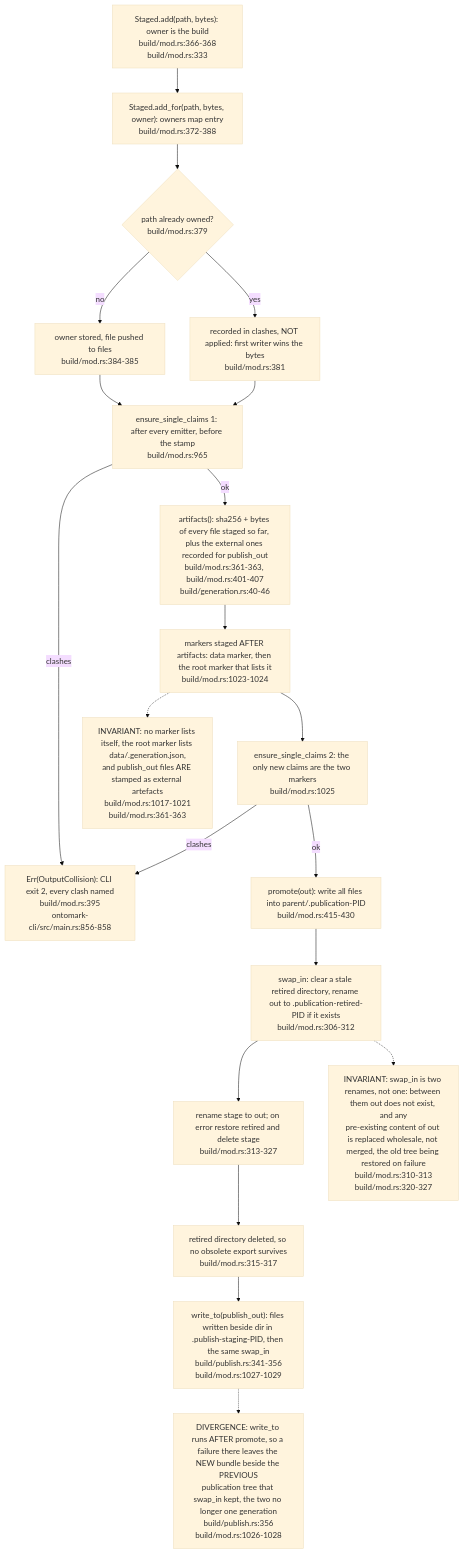
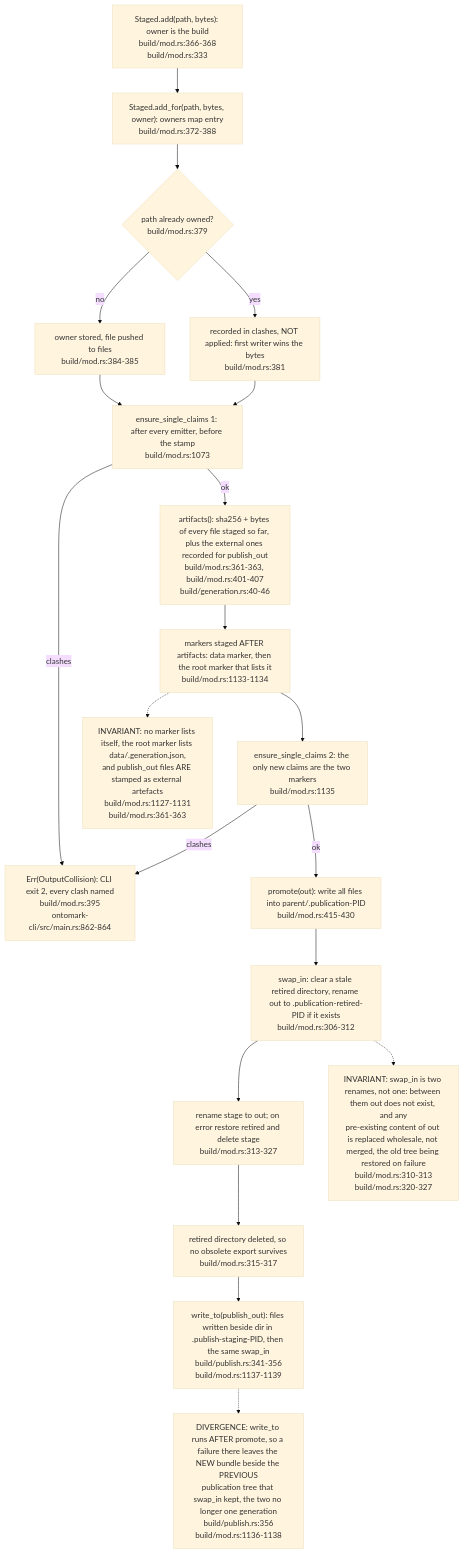
One commit to DreamLab-AI/VisionFlow changed the fifth of 8 diagrams in docs/diagrams/ontomark/03-build-run-gates-staging-and-generation.md. Above: the diagram before and after it, drawn with Mermaid (base theme). The commit also changed other lines of this file and 59 other files, not shown here.

First line of the commit message:
docs(diagrams): re-derive and re-stamp forum, website, pod, ontomark and sealmap topics

````diff
--- a/docs/diagrams/ontomark/03-build-run-gates-staging-and-generation.md
+++ b/docs/diagrams/ontomark/03-build-run-gates-staging-and-generation.md
@@ -190,34 +190,34 @@
 ```mermaid
 flowchart TD
     ADD["Staged.add(path, bytes): owner is the build<br/>build/mod.rs:366-368<br/>build/mod.rs:333"]
     ADDFOR["Staged.add_for(path, bytes, owner): owners map entry<br/>build/mod.rs:372-388"]
     OCC{"path already owned?<br/>build/mod.rs:379"}
     CLASH["recorded in clashes, NOT applied: first writer wins the bytes<br/>build/mod.rs:381"]
     SLOT["owner stored, file pushed to files<br/>build/mod.rs:384-385"]
-    CHK1["ensure_single_claims 1: after every emitter, before the stamp<br/>build/mod.rs:965"]
+    CHK1["ensure_single_claims 1: after every emitter, before the stamp<br/>build/mod.rs:1073"]
     ART["artifacts(): sha256 + bytes of every file staged so far, plus the external ones recorded for publish_out<br/>build/mod.rs:361-363, build/mod.rs:401-407<br/>build/generation.rs:40-46"]
-    MARK["markers staged AFTER artifacts: data marker, then the root marker that lists it<br/>build/mod.rs:1023-1024"]
-    CHK2["ensure_single_claims 2: the only new claims are the two markers<br/>build/mod.rs:1025"]
-    ERRC["Err(OutputCollision): CLI exit 2, every clash named<br/>build/mod.rs:395<br/>ontomark-cli/src/main.rs:856-858"]
+    MARK["markers staged AFTER artifacts: data marker, then the root marker that lists it<br/>build/mod.rs:1133-1134"]
+    CHK2["ensure_single_claims 2: the only new claims are the two markers<br/>build/mod.rs:1135"]
+    ERRC["Err(OutputCollision): CLI exit 2, every clash named<br/>build/mod.rs:395<br/>ontomark-cli/src/main.rs:862-864"]
     PRO["promote(out): write all files into parent/.publication-PID<br/>build/mod.rs:415-430"]
     RET["swap_in: clear a stale retired directory, rename out to .publication-retired-PID if it exists<br/>build/mod.rs:306-312"]
     SWAP["rename stage to out; on error restore retired and delete stage<br/>build/mod.rs:313-327"]
     DEL["retired directory deleted, so no obsolete export survives<br/>build/mod.rs:315-317"]
-    WT["write_to(publish_out): files written beside dir in .publish-staging-PID, then the same swap_in<br/>build/publish.rs:341-356<br/>build/mod.rs:1027-1029"]
+    WT["write_to(publish_out): files written beside dir in .publish-staging-PID, then the same swap_in<br/>build/publish.rs:341-356<br/>build/mod.rs:1137-1139"]
     N1["INVARIANT: swap_in is two renames, not one: between them out does not exist, and any<br/>pre-existing content of out is replaced wholesale, not merged, the old tree being restored on failure<br/>build/mod.rs:310-313<br/>build/mod.rs:320-327"]
-    N2["DIVERGENCE: write_to runs AFTER promote, so a failure there leaves the NEW bundle beside the PREVIOUS<br/>publication tree that swap_in kept, the two no longer one generation<br/>build/publish.rs:356<br/>build/mod.rs:1026-1028"]
-    N3["INVARIANT: no marker lists itself, the root marker lists data/.generation.json,<br/>and publish_out files ARE stamped as external artefacts<br/>build/mod.rs:1017-1021<br/>build/mod.rs:361-363"]
+    N2["DIVERGENCE: write_to runs AFTER promote, so a failure there leaves the NEW bundle beside the PREVIOUS<br/>publication tree that swap_in kept, the two no longer one generation<br/>build/publish.rs:356<br/>build/mod.rs:1136-1138"]
+    N3["INVARIANT: no marker lists itself, the root marker lists data/.generation.json,<br/>and publish_out files ARE stamped as external artefacts<br/>build/mod.rs:1127-1131<br/>build/mod.rs:361-363"]
     ADD --> ADDFOR --> OCC
     OCC -- yes --> CLASH
     OCC -- no --> SLOT
     SLOT --> CHK1
     CLASH --> CHK1
     CHK1 -- clashes --> ERRC
     CHK1 -- ok --> ART --> MARK --> CHK2
     CHK2 -- clashes --> ERRC
     CHK2 -- ok --> PRO --> RET --> SWAP --> DEL
     DEL --> WT
     RET -.-> N1
     WT -.-> N2
     MARK -.-> N3
 ```
````
